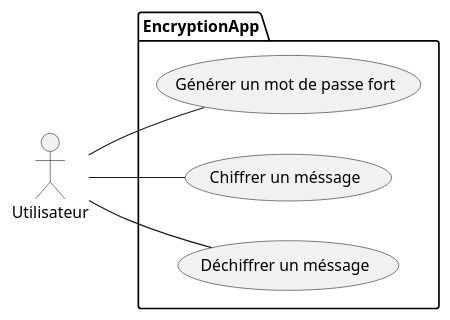
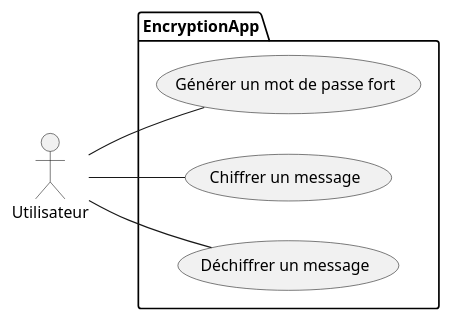
Before and after one commit to Enstso/CipherApp-Wpf: the diagram in README.md, drawn with PlantUML. The commit also changed other lines of this file and 15 other files, not shown here.

````diff
--- a/README.md
+++ b/README.md
@@ -8,11 +10,11 @@
 ```plantuml
 @startuml EncryptionApp
 left to right direction
 :Utilisateur:
 package EncryptionApp{
     Utilisateur--(Générer un mot de passe fort)
-    Utilisateur--(Chiffrer un méssage)
-    Utilisateur--(Déchiffrer un méssage)
+    Utilisateur--(Chiffrer un message)
+    Utilisateur--(Déchiffrer un message)
 }
 @enduml
 ```
````
